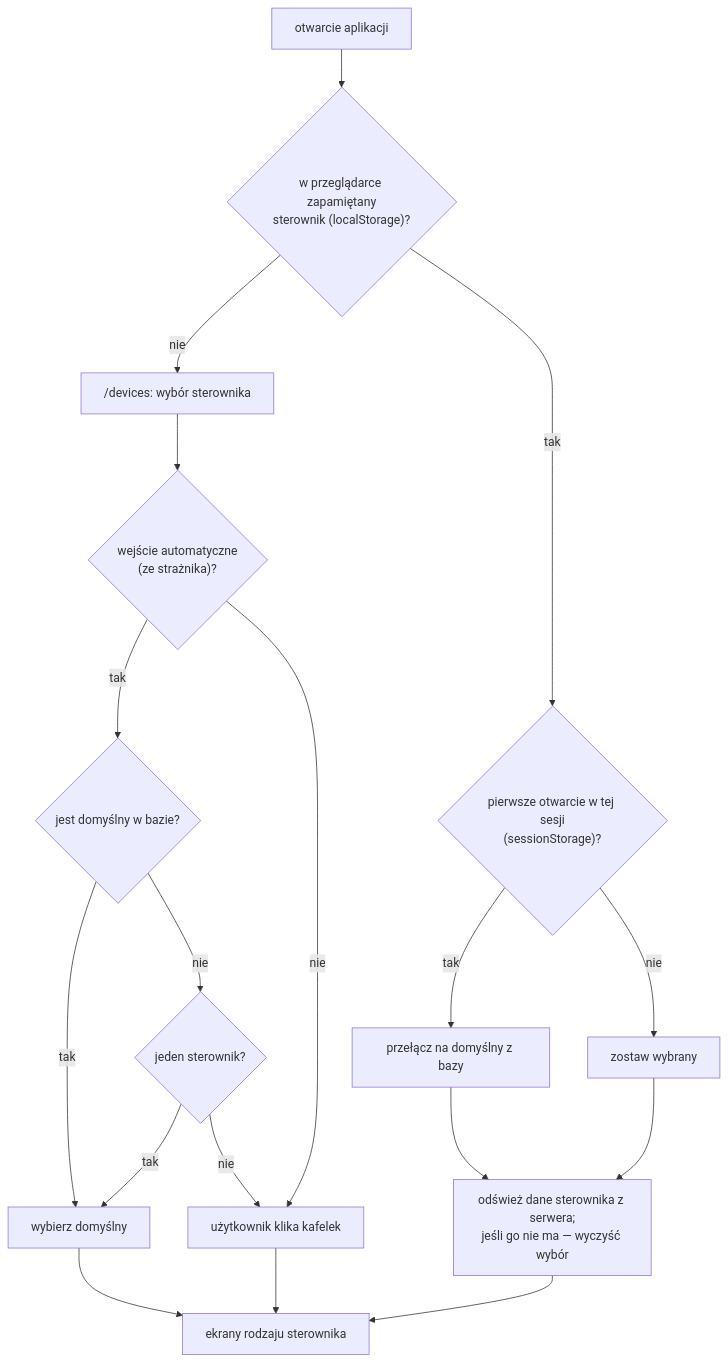
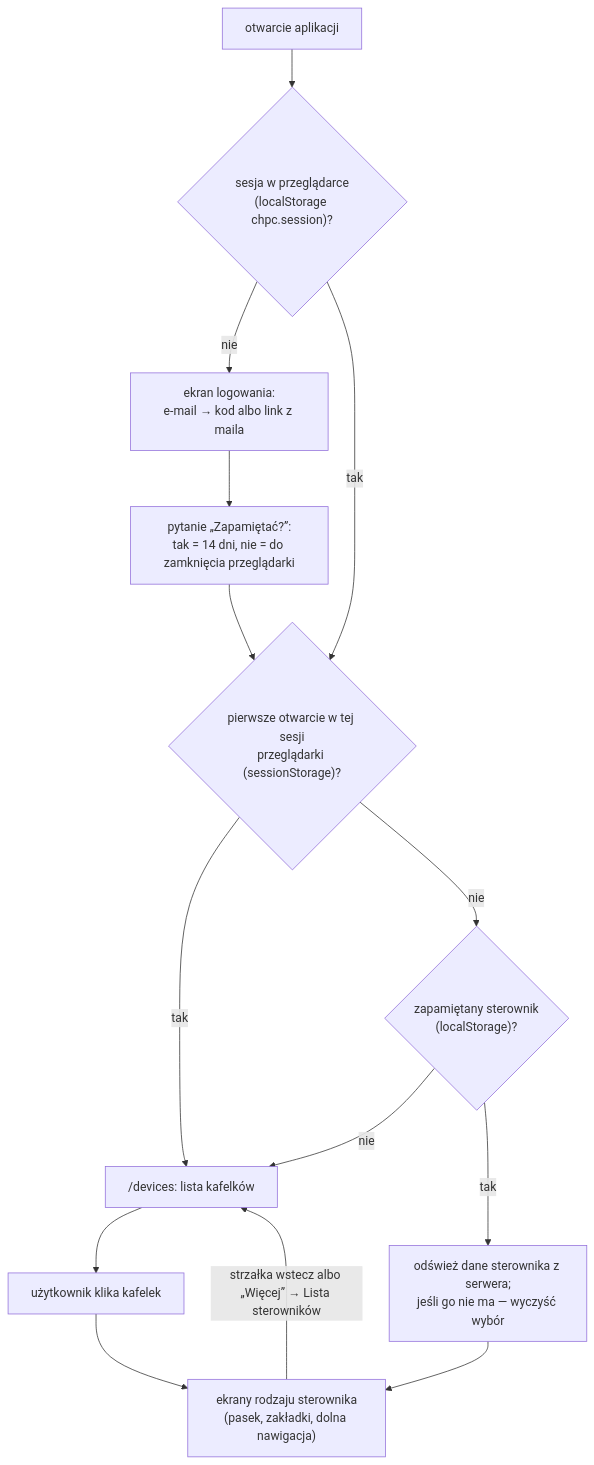
Before and after one commit to robertorlowski/chpc-web: the fifth of 6 diagrams in docs/moduly/core/2-zasada-dzialania.md, drawn with Mermaid. The commit also changed other lines of this file and 79 other files, not shown here.

````diff
--- a/docs/moduly/core/2-zasada-dzialania.md
+++ b/docs/moduly/core/2-zasada-dzialania.md
@@ -118,20 +118,16 @@
 ```mermaid
 flowchart TD
-    S["otwarcie aplikacji"] --> L{"w przeglądarce zapamiętany<br/>sterownik (localStorage)?"}
-    L -- nie --> DEV["/devices: wybór sterownika"]
-    DEV --> AUTO{"wejście automatyczne<br/>(ze strażnika)?"}
-    AUTO -- tak --> DEF{"jest domyślny w bazie?"}
-    DEF -- tak --> PICK["wybierz domyślny"]
-    DEF -- nie --> ONE{"jeden sterownik?"}
-    ONE -- tak --> PICK
-    ONE -- nie --> USER["użytkownik klika kafelek"]
-    AUTO -- nie --> USER
-    L -- tak --> SES{"pierwsze otwarcie w tej sesji<br/>(sessionStorage)?"}
-    SES -- tak --> SW["przełącz na domyślny z bazy"]
-    SES -- nie --> KEEP["zostaw wybrany"]
-    SW --> CHK
-    KEEP --> CHK["odśwież dane sterownika z serwera;<br/>jeśli go nie ma — wyczyść wybór"]
-    PICK --> APP["ekrany rodzaju sterownika"]
-    USER --> APP
+    S["otwarcie aplikacji"] --> AUTH{"sesja w przeglądarce<br/>(localStorage chpc.session)?"}
+    AUTH -- nie --> LOGIN["ekran logowania:<br/>e-mail → kod albo link z maila"]
+    LOGIN --> REM["pytanie „Zapamiętać?”:<br/>tak = 14 dni, nie = do zamknięcia przeglądarki"]
+    REM --> FIRST
+    AUTH -- tak --> FIRST{"pierwsze otwarcie w tej sesji<br/>przeglądarki (sessionStorage)?"}
+    FIRST -- tak --> DEV["/devices: lista kafelków"]
+    FIRST -- nie --> SEL{"zapamiętany sterownik<br/>(localStorage)?"}
+    SEL -- nie --> DEV
+    SEL -- tak --> CHK["odśwież dane sterownika z serwera;<br/>jeśli go nie ma — wyczyść wybór"]
+    DEV --> USER["użytkownik klika kafelek"]
+    USER --> APP["ekrany rodzaju sterownika<br/>(pasek, zakładki, dolna nawigacja)"]
     CHK --> APP
+    APP -- "strzałka wstecz albo „Więcej” → Lista sterowników" --> DEV
 ```
````
